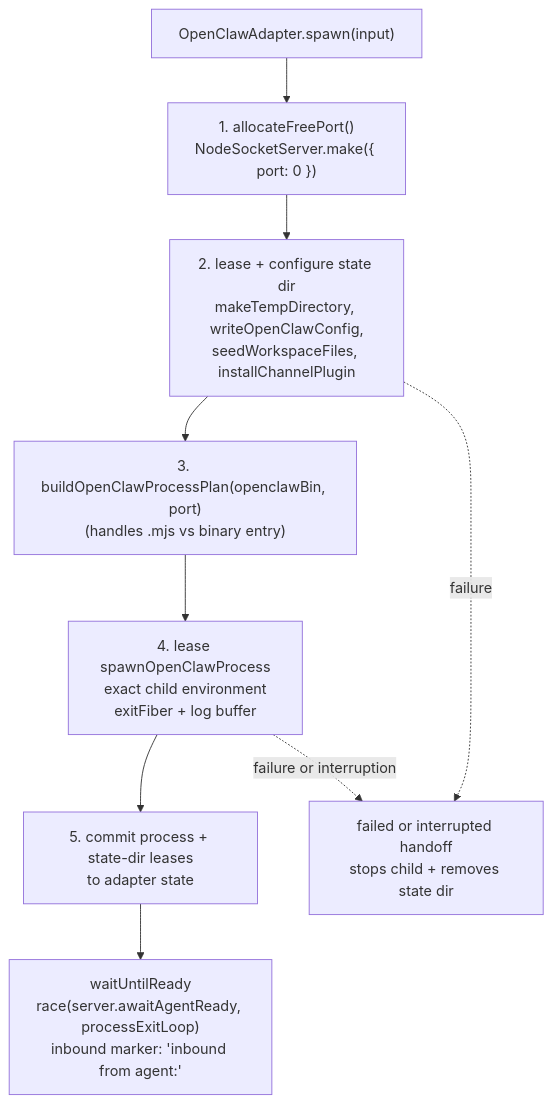
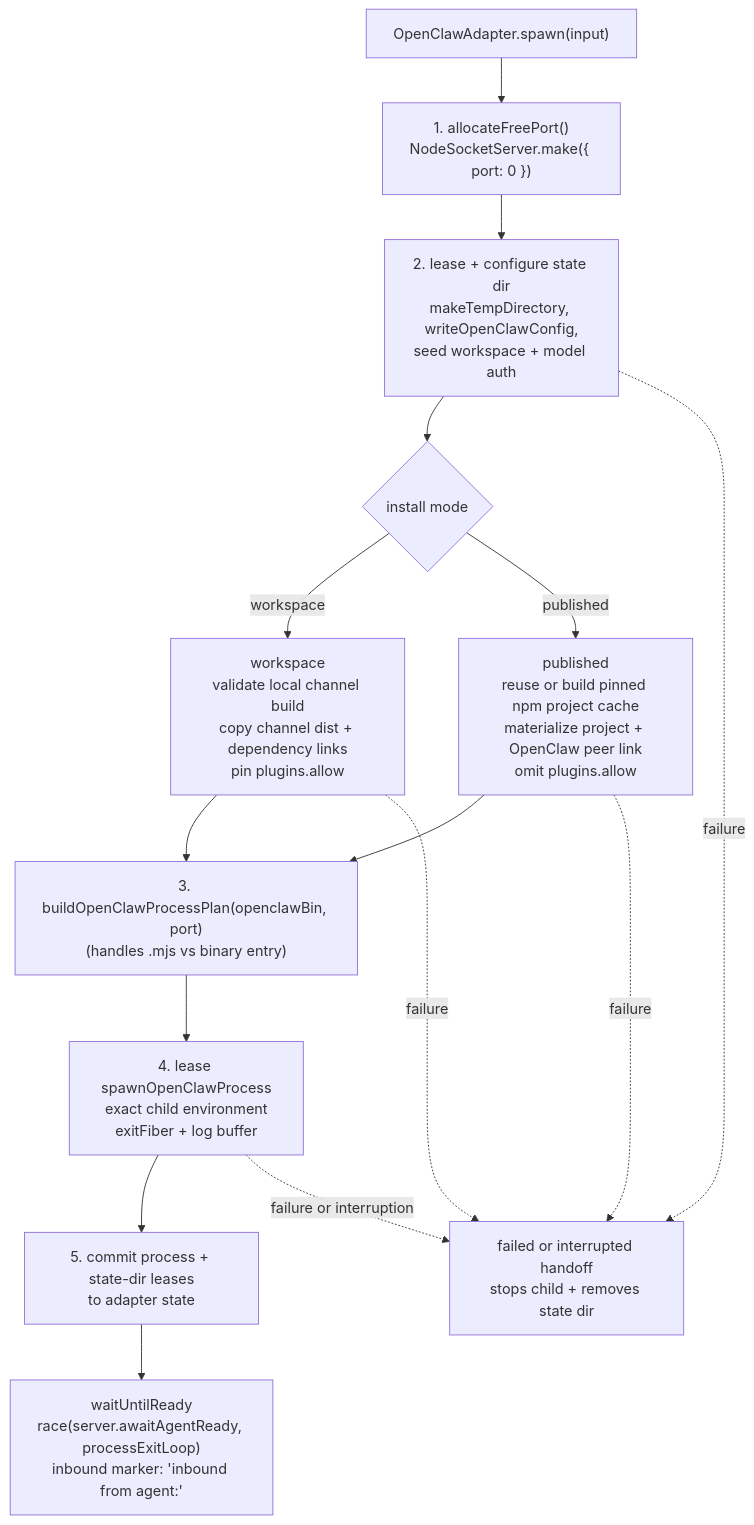
One commit to chughtapan/moltzap changed the fifth of 6 diagrams in docs/modules/testbed/src.mdx. Above: the diagram before and after it, drawn with Mermaid. The commit also changed other lines of this file and 28 other files, not shown here.

First line of the commit message:
feat(testbed): dual-mode channel install across both runtime adapters

````diff
--- a/docs/modules/testbed/src.mdx
+++ b/docs/modules/testbed/src.mdx
@@ -354,14 +384,22 @@
 ```mermaid
 flowchart TD
   OCS["OpenClawAdapter.spawn(input)"]
   OC1["1. allocateFreePort()<br>NodeSocketServer.make({ port: 0 })"]
-  OC2["2. lease + configure state dir<br>makeTempDirectory, writeOpenClawConfig,<br>seedWorkspaceFiles, installChannelPlugin"]
+  OC2["2. lease + configure state dir<br>makeTempDirectory, writeOpenClawConfig,<br>seed workspace + model auth"]
+  OCM{"install mode"}
+  OCW["workspace<br>validate local channel build<br>copy channel dist + dependency links<br>pin plugins.allow"]
+  OCP["published<br>reuse or build pinned npm project cache<br>materialize project + OpenClaw peer link<br>omit plugins.allow"]
   OC3["3. buildOpenClawProcessPlan(openclawBin, port)<br>(handles .mjs vs binary entry)"]
   OC4["4. lease spawnOpenClawProcess<br>exact child environment<br>exitFiber + log buffer"]
   OC5["5. commit process + state-dir leases<br>to adapter state"]
   OCF["failed or interrupted handoff<br>stops child + removes state dir"]
   OCR["waitUntilReady<br>race(server.awaitAgentReady, processExitLoop)<br>inbound marker: 'inbound from agent:'"]
-  OCS --> OC1 --> OC2 --> OC3 --> OC4 --> OC5 --> OCR
+  OCS --> OC1 --> OC2 --> OCM
+  OCM -->|workspace| OCW --> OC3
+  OCM -->|published| OCP --> OC3
+  OC3 --> OC4 --> OC5 --> OCR
   OC2 -.->|failure| OCF
+  OCW -.->|failure| OCF
+  OCP -.->|failure| OCF
   OC4 -.->|failure or interruption| OCF
 ```
````
